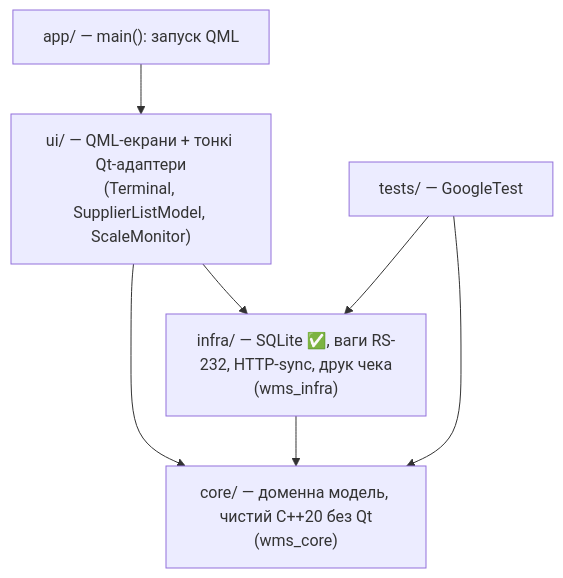
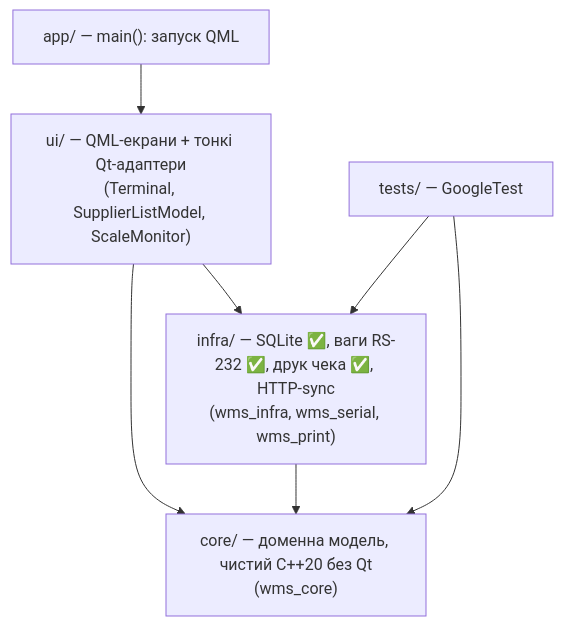
The diagram in README.md (IsNazarii/Berry-WMS-Terminal), drawn with Mermaid before and after one commit. The commit also changed other lines of this file and 8 other files, not shown here.

````diff
--- a/README.md
+++ b/README.md
@@ -126,14 +129,14 @@
 ```mermaid
 flowchart TD
     UI["ui/ — QML-екрани + тонкі Qt-адаптери<br/>(Terminal, SupplierListModel, ScaleMonitor)"]
-    INFRA["infra/ — SQLite ✅, ваги RS-232, HTTP-sync, друк чека<br/>(wms_infra)"]
+    INFRA["infra/ — SQLite ✅, ваги RS-232 ✅, друк чека ✅, HTTP-sync<br/>(wms_infra, wms_serial, wms_print)"]
     CORE["core/ — доменна модель, чистий C++20 без Qt<br/>(wms_core)"]
     APP["app/ — main(): запуск QML"]
     TESTS["tests/ — GoogleTest"]
     APP --> UI
     UI --> INFRA
     UI --> CORE
     INFRA --> CORE
     TESTS --> CORE
     TESTS --> INFRA
 ```
````
